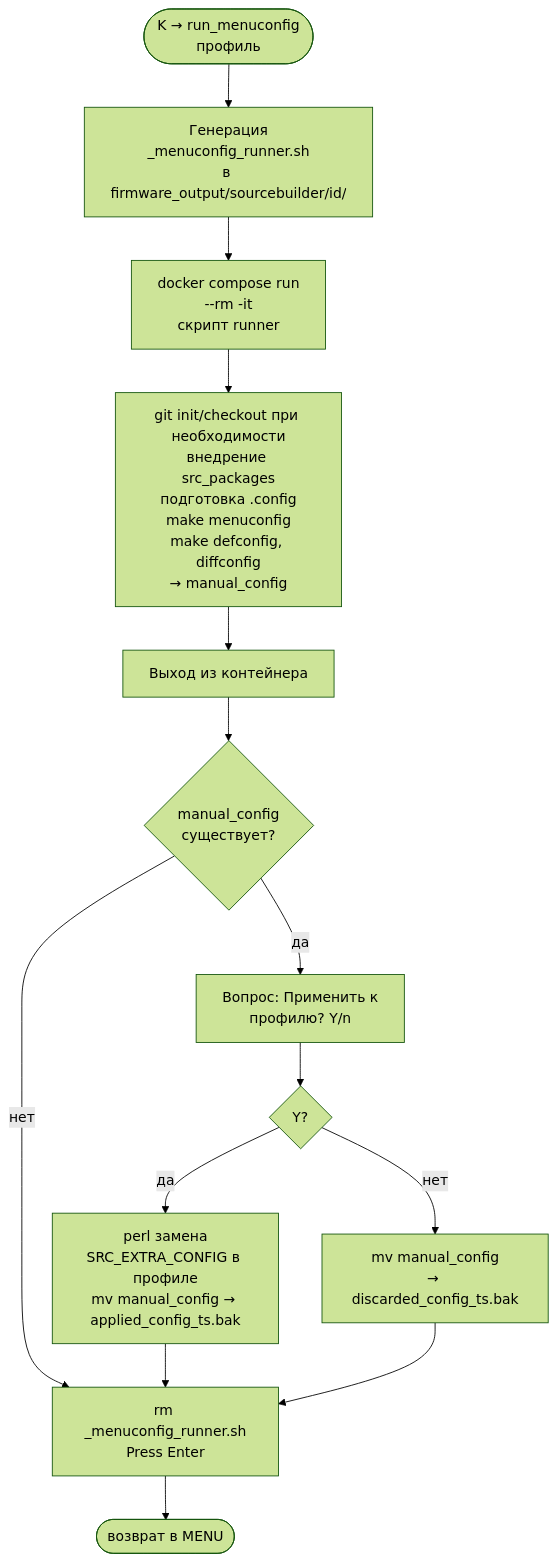
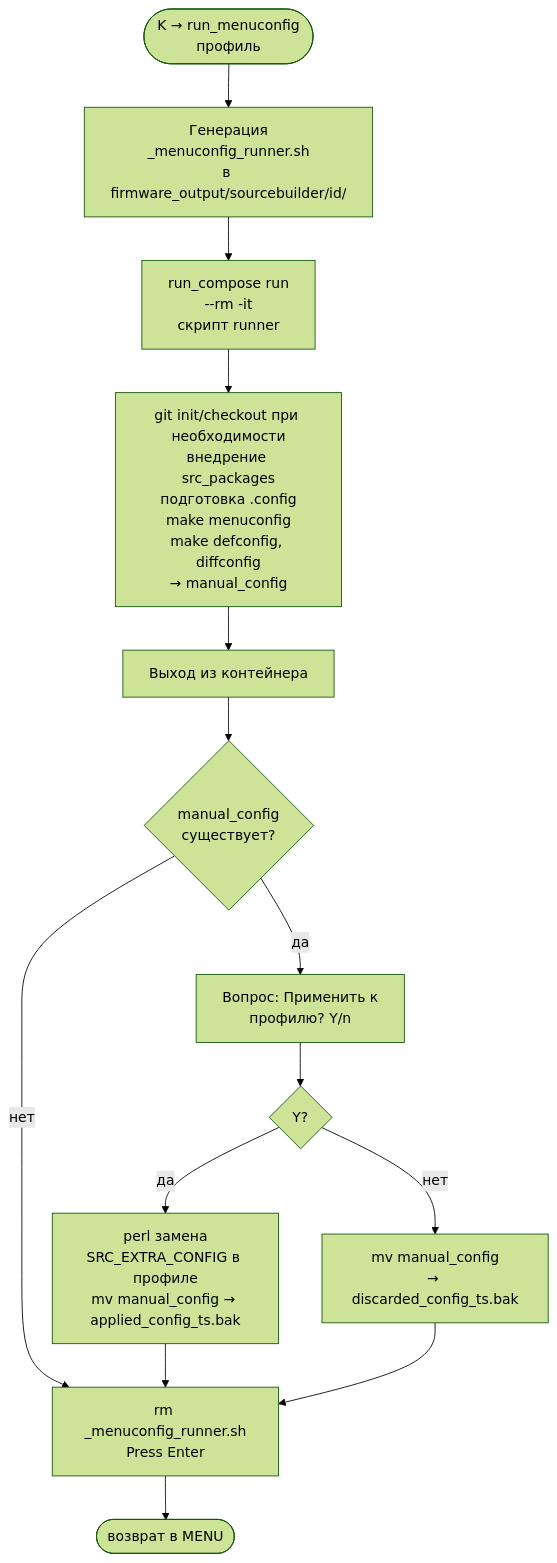
One commit to GJIUXAPb/routerFW changed the eighth of 8 diagrams in docs/ARCHITECTURE_diagram_ru.md. Above: the diagram before and after it, drawn with Mermaid (forest theme). The commit also changed other lines of this file and 6 other files, not shown here.

First line of the commit message:
docs: update release and architecture docs for 4.70

````diff
--- a/docs/ARCHITECTURE_diagram_ru.md
+++ b/docs/ARCHITECTURE_diagram_ru.md
@@ -297,17 +299,17 @@
 ```mermaid
 flowchart TD
     K_START([K → run_menuconfig\nпрофиль])
     K_START --> K_GEN[Генерация\n_menuconfig_runner.sh\nв firmware_output/sourcebuilder/id/]
-    K_GEN --> K_RUN[docker compose run\n--rm -it\nскрипт runner]
+    K_GEN --> K_RUN[run_compose run\n--rm -it\nскрипт runner]
     K_RUN --> K_RUNNER[git init/checkout при необходимости\nвнедрение src_packages\nподготовка .config\nmake menuconfig\nmake defconfig, diffconfig\n→ manual_config]
     K_RUNNER --> K_OUT[Выход из контейнера]
     K_OUT --> K_HAVE{manual_config\nсуществует?}
     K_HAVE --> |нет| K_CLEAN[rm _menuconfig_runner.sh\nPress Enter]
     K_HAVE --> |да| K_APPLY[Вопрос: Применить к\nпрофилю? Y/n]
     K_APPLY --> K_YES{Y?}
     K_YES --> |да| K_PERL[perl замена\nSRC_EXTRA_CONFIG в профиле\nmv manual_config → applied_config_ts.bak]
     K_YES --> |нет| K_DISC[mv manual_config\n→ discarded_config_ts.bak]
     K_PERL --> K_CLEAN
     K_DISC --> K_CLEAN
     K_CLEAN --> K_END([возврат в MENU])
 ```
````
